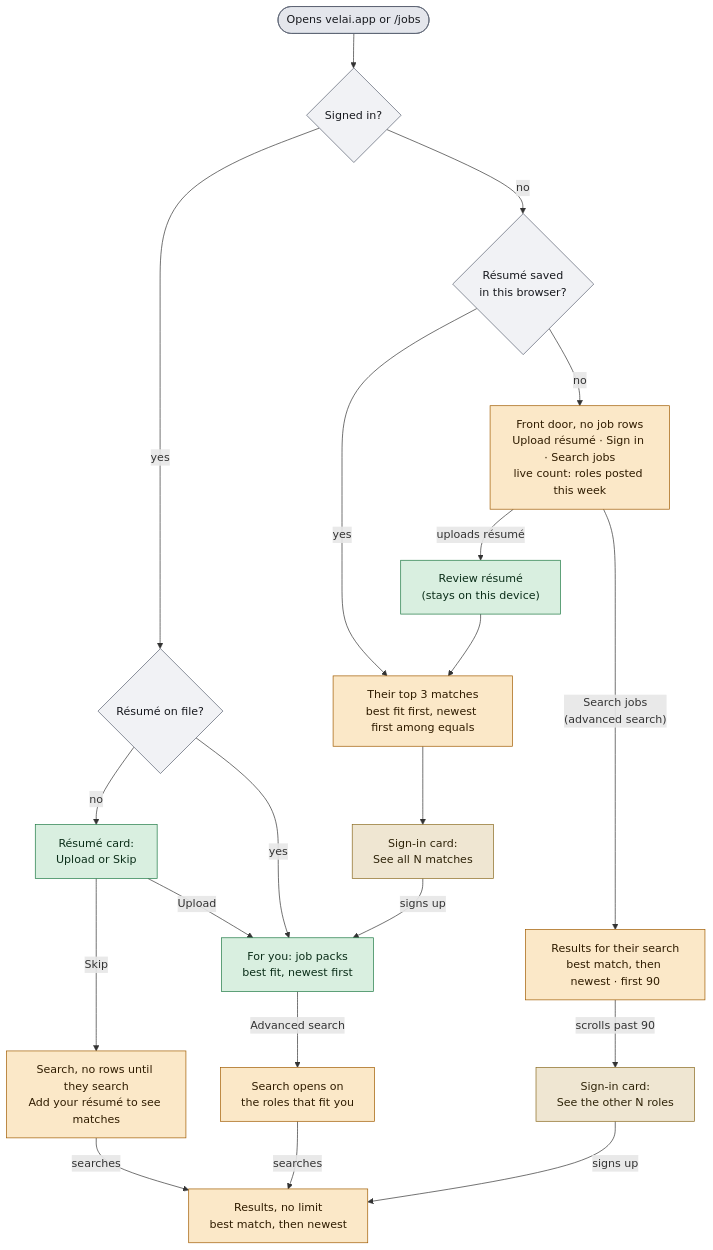
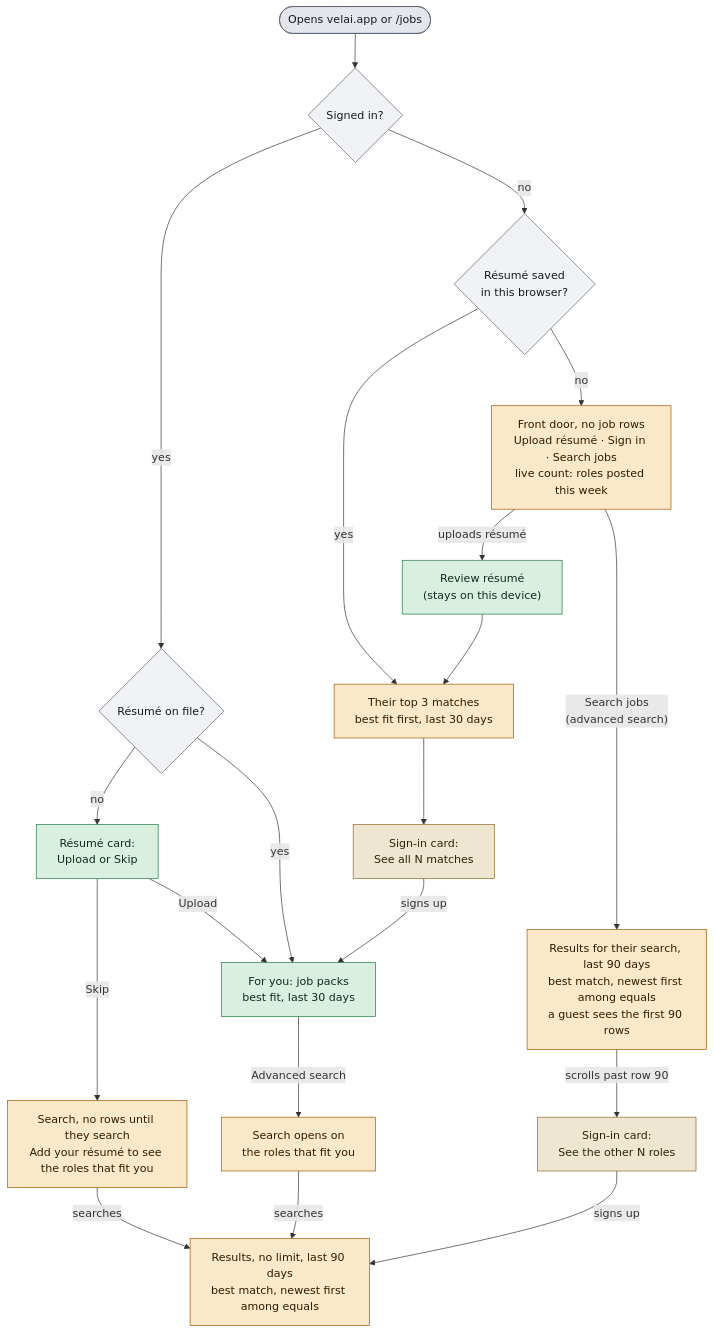
The second of 2 diagrams in tests/journeys/MAP.md (vvknyn/intervu), drawn with Mermaid before and after one commit. The commit also changed other lines of this file, not shown here.

Commit message:
docs(journeys): MAP.md shows each list's posted window
Typed search covers 90 days; packs and the résumé-ranked list keep 30
(the pack audit found 90 days put an older same-title role into the top
3 of 13 of 24 tiles). "First 90" now says rows, not days.

Claude-Session: https://claude.ai/code/session_012xiZCb2yFHNMiCuari5Mor

````diff
--- a/tests/journeys/MAP.md
+++ b/tests/journeys/MAP.md
@@ -41,27 +41,27 @@
 ```mermaid
 flowchart TD
   A([Opens velai.app or /jobs]):::entry --> B{Signed in?}
   B -- no --> C{Résumé saved<br/>in this browser?}
   C -- no --> D["Front door, no job rows<br/>Upload résumé · Sign in · Search jobs<br/>live count: roles posted this week"]:::new
   C -- yes --> I
-  D -- uploads résumé --> R["Review résumé<br/>(stays on this device)"]:::same --> I["Their top 3 matches<br/>best fit first, newest first among equals"]:::new
+  D -- uploads résumé --> R["Review résumé<br/>(stays on this device)"]:::same --> I["Their top 3 matches<br/>best fit first, last 30 days"]:::new
   I --> G2["Sign-in card:<br/>See all N matches"]:::gate
-  D -- Search jobs<br/>(advanced search) --> F["Results for their search<br/>best match, then newest · first 90"]:::new
-  F -- scrolls past 90 --> G1["Sign-in card:<br/>See the other N roles"]:::gate
+  D -- Search jobs<br/>(advanced search) --> F["Results for their search, last 90 days<br/>best match, newest first among equals<br/>a guest sees the first 90 rows"]:::new
+  F -- scrolls past row 90 --> G1["Sign-in card:<br/>See the other N roles"]:::gate
   B -- yes --> J{Résumé on file?}
   J -- no --> K["Résumé card:<br/>Upload or Skip"]:::same
-  K -- Skip --> L["Search, no rows until they search<br/>Add your résumé to see matches"]:::new
+  K -- Skip --> L["Search, no rows until they search<br/>Add your résumé to see the roles that fit you"]:::new
   K -- Upload --> M
-  J -- yes --> M["For you: job packs<br/>best fit, newest first"]:::same
+  J -- yes --> M["For you: job packs<br/>best fit, last 30 days"]:::same
   M -- Advanced search --> N["Search opens on<br/>the roles that fit you"]:::new
-  L -- searches --> F2["Results, no limit<br/>best match, then newest"]:::new
+  L -- searches --> F2["Results, no limit, last 90 days<br/>best match, newest first among equals"]:::new
   N -- searches --> F2
   G1 -- signs up --> F2
   G2 -- signs up --> M
   classDef gate fill:#efe6d2,stroke:#8a6a1f,color:#2e2308
   classDef entry fill:#e4e6ec,stroke:#5a6070,color:#17191e
   classDef new fill:#fbe8c8,stroke:#a15c00,color:#2f1c00
   classDef same fill:#d9efe0,stroke:#1f7a44,color:#0b2e19
   classDef q fill:#f1f2f5,stroke:#5a6070,color:#17191e
   class B,C,J q
 ```
````
